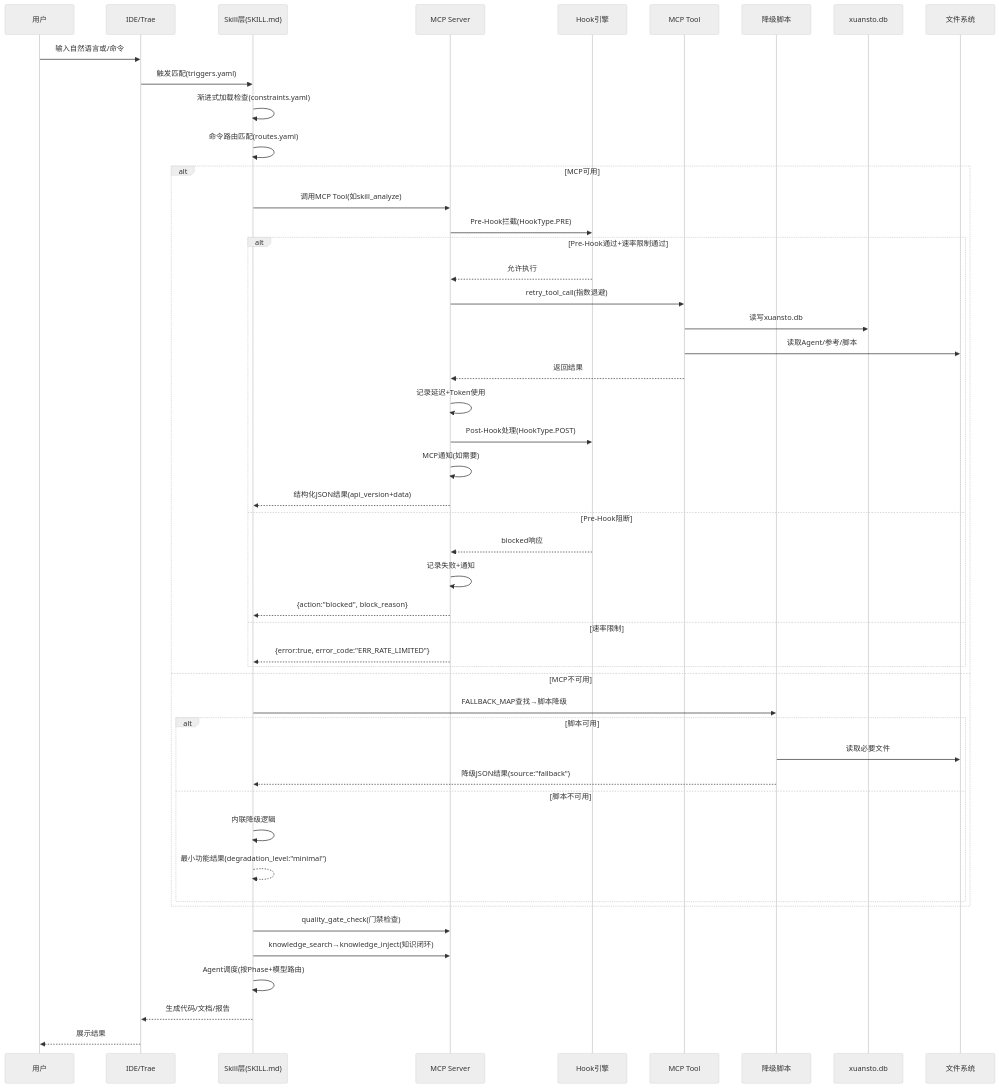
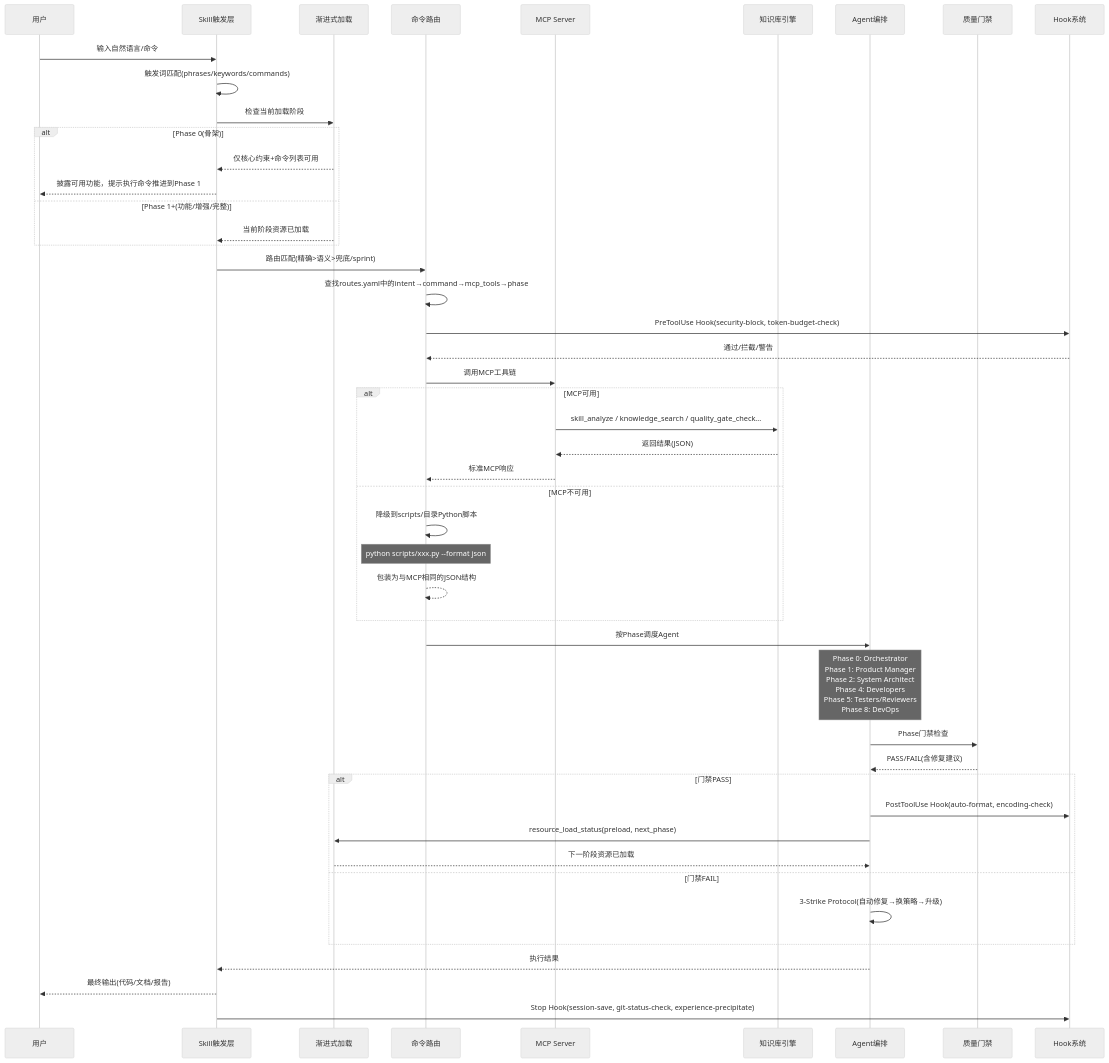
The first of 3 diagrams in docs/plan/ARCHITECTURE.md (xuanyuanchumo/xuansto), drawn with Mermaid (neutral theme) before and after one commit. The commit also changed other lines of this file and 26 other files, not shown here.

````diff
--- a/docs/plan/ARCHITECTURE.md
+++ b/docs/plan/ARCHITECTURE.md
@@ -386,54 +386,60 @@
 ```mermaid
 sequenceDiagram
     participant U as 用户
-    participant IDE as IDE/Trae
-    participant SK as Skill层(SKILL.md)
+    participant S as Skill触发层
+    participant PL as 渐进式加载
+    participant CR as 命令路由
     participant MCP as MCP Server
-    participant HOOK as Hook引擎
-    participant TOOL as MCP Tool
-    participant SCRIPT as 降级脚本
-    participant DB as xuansto.db
-    participant FS as 文件系统
+    participant KB as 知识库引擎
+    participant AG as Agent编排
+    participant QG as 质量门禁
+    participant H as Hook系统
 
-    U->>IDE: 输入自然语言或/命令
-    IDE->>SK: 触发匹配(triggers.yaml)
-    SK->>SK: 渐进式加载检查(constraints.yaml)
-    SK->>SK: 命令路由匹配(routes.yaml)
+    U->>S: 输入自然语言/命令
+    S->>S: 触发词匹配(phrases/keywords/commands)
+    S->>PL: 检查当前加载阶段
+
+    alt Phase 0(骨架)
+        PL-->>S: 仅核心约束+命令列表可用
+        S-->>U: 披露可用功能，提示执行命令推进到Phase 1
+    else Phase 1+(功能/增强/完整)
+        PL-->>S: 当前阶段资源已加载
+    end
+
+    S->>CR: 路由匹配(精确>语义>兜底/sprint)
+    CR->>CR: 查找routes.yaml中的intent→command→mcp_tools→phase
+
+    CR->>H: PreToolUse Hook(security-block, token-budget-check)
+    H-->>CR: 通过/拦截/警告
+
+    CR->>MCP: 调用MCP工具链
 
     alt MCP可用
-        SK->>MCP: 调用MCP Tool(如skill_analyze)
-        MCP->>HOOK: Pre-Hook拦截(HookType.PRE)
-        alt Pre-Hook通过+速率限制通过
-            HOOK-->>MCP: 允许执行
-            MCP->>TOOL: retry_tool_call(指数退避)
-            TOOL->>DB: 读写xuansto.db
-            TOOL->>FS: 读取Agent/参考/脚本
-            TOOL-->>MCP: 返回结果
-            MCP->>MCP: 记录延迟+Token使用
-            MCP->>HOOK: Post-Hook处理(HookType.POST)
-            MCP->>MCP: MCP通知(如需要)
-            MCP-->>SK: 结构化JSON结果(api_version+data)
-        else Pre-Hook阻断
-            HOOK-->>MCP: blocked响应
-            MCP->>MCP: 记录失败+通知
-            MCP-->>SK: {action:"blocked", block_reason}
-        else 速率限制
-            MCP-->>SK: {error:true, error_code:"ERR_RATE_LIMITED"}
-        end
+        MCP->>KB: skill_analyze / knowledge_search / quality_gate_check...
+        KB-->>MCP: 返回结果(JSON)
+        MCP-->>CR: 标准MCP响应
     else MCP不可用
-        SK->>SCRIPT: FALLBACK_MAP查找→脚本降级
-        alt 脚本可用
-            SCRIPT->>FS: 读取必要文件
-            SCRIPT-->>SK: 降级JSON结果(source:"fallback")
-        else 脚本不可用
-            SK->>SK: 内联降级逻辑
-            SK-->>SK: 最小功能结果(degradation_level:"minimal")
-        end
+        CR->>CR: 降级到scripts/目录Python脚本
+        Note over CR: python scripts/xxx.py --format json
+        CR-->>CR: 包装为与MCP相同的JSON结构
     end
 
-    SK->>MCP: quality_gate_check(门禁检查)
-    SK->>MCP: knowledge_search→knowledge_inject(知识闭环)
-    SK->>SK: Agent调度(按Phase+模型路由)
-    SK-->>IDE: 生成代码/文档/报告
-    IDE-->>U: 展示结果
+    CR->>AG: 按Phase调度Agent
+    Note over AG: Phase 0: Orchestrator<br/>Phase 1: Product Manager<br/>Phase 2: System Architect<br/>Phase 4: Developers<br/>Phase 5: Testers/Reviewers<br/>Phase 8: DevOps
+
+    AG->>QG: Phase门禁检查
+    QG-->>AG: PASS/FAIL(含修复建议)
+
+    alt 门禁PASS
+        AG->>H: PostToolUse Hook(auto-format, encoding-check)
+        AG->>PL: resource_load_status(preload, next_phase)
+        PL-->>AG: 下一阶段资源已加载
+    else 门禁FAIL
+        AG->>AG: 3-Strike Protocol(自动修复→换策略→升级)
+    end
+
+    AG-->>S: 执行结果
+    S-->>U: 最终输出(代码/文档/报告)
+
+    S->>H: Stop Hook(session-save, git-status-check, experience-precipitate)
 ```
````
